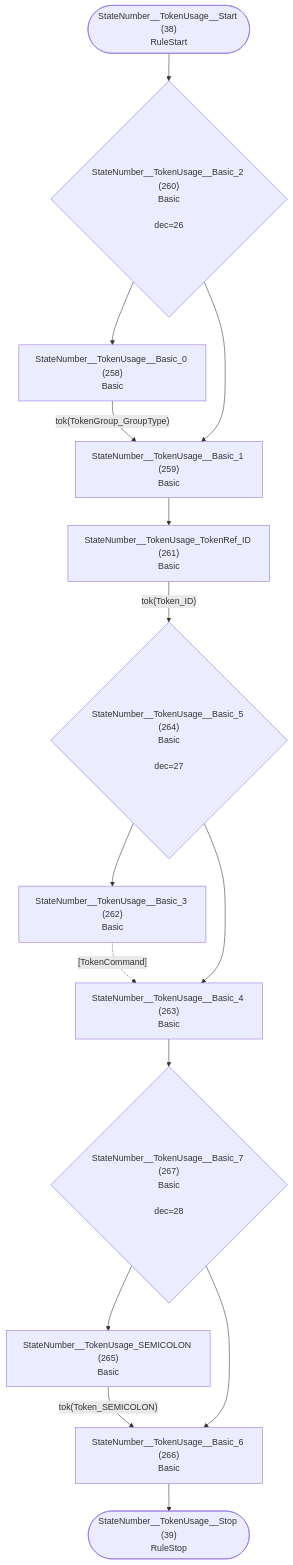
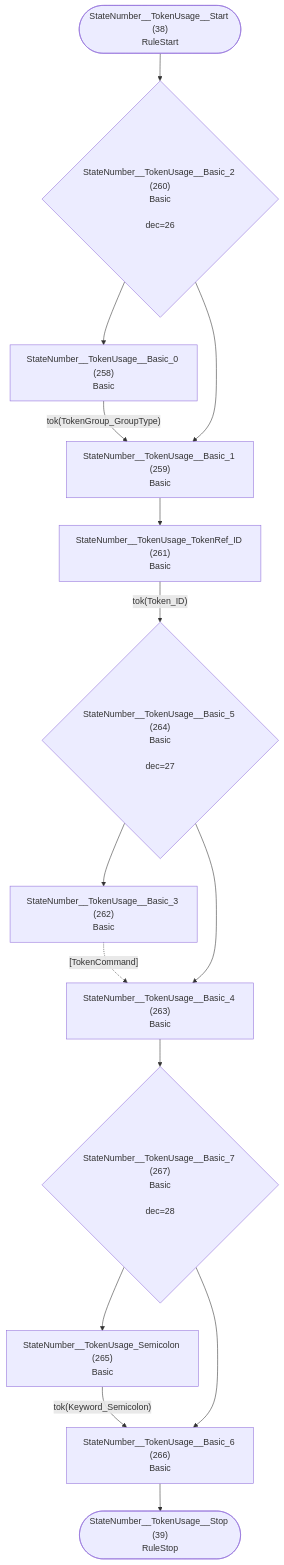
One commit to TypeFox/fastbelt changed diagram 20 of 37 in internal/grammar/atn.md. Above: the diagram before and after it, drawn with Mermaid. The commit also changed other lines of this file and 7 other files, not shown here.

````diff
--- a/internal/grammar/atn.md
+++ b/internal/grammar/atn.md
@@ -601,30 +601,30 @@
 ```mermaid
 flowchart TD
     q38(["StateNumber__TokenUsage__Start (38)<br/>RuleStart"])
     q39(["StateNumber__TokenUsage__Stop (39)<br/>RuleStop"])
     q258["StateNumber__TokenUsage__Basic_0 (258)<br/>Basic<br/>"]
     q259["StateNumber__TokenUsage__Basic_1 (259)<br/>Basic<br/>"]
     q260{"StateNumber__TokenUsage__Basic_2 (260)<br/>Basic<br/><br/>dec=26"}
     q261["StateNumber__TokenUsage_TokenRef_ID (261)<br/>Basic<br/>"]
     q262["StateNumber__TokenUsage__Basic_3 (262)<br/>Basic<br/>"]
     q263["StateNumber__TokenUsage__Basic_4 (263)<br/>Basic<br/>"]
     q264{"StateNumber__TokenUsage__Basic_5 (264)<br/>Basic<br/><br/>dec=27"}
-    q265["StateNumber__TokenUsage_SEMICOLON (265)<br/>Basic<br/>"]
+    q265["StateNumber__TokenUsage_Semicolon (265)<br/>Basic<br/>"]
     q266["StateNumber__TokenUsage__Basic_6 (266)<br/>Basic<br/>"]
     q267{"StateNumber__TokenUsage__Basic_7 (267)<br/>Basic<br/><br/>dec=28"}
 
     q38 --> q260
     q258 -->|"tok(TokenGroup_GroupType)"| q259
     q259 --> q261
     q260 --> q258
     q260 --> q259
     q261 -->|"tok(Token_ID)"| q264
     q262 -.->|"[TokenCommand]"| q263
     q263 --> q267
     q264 --> q262
     q264 --> q263
-    q265 -->|"tok(Token_SEMICOLON)"| q266
+    q265 -->|"tok(Keyword_Semicolon)"| q266
     q266 --> q39
     q267 --> q265
     q267 --> q266
 ```
````
